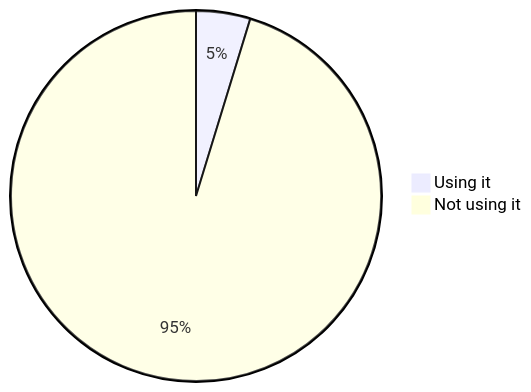
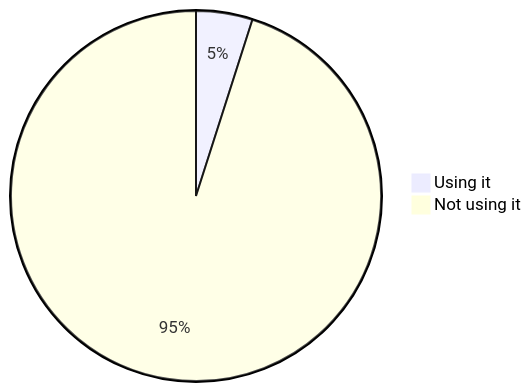
One commit to oshp/oshp-stats changed the eighth of 22 diagrams in stats.md. Above: the diagram before and after it, drawn with Mermaid. The commit also changed other lines of this file, not shown here.

````diff
--- a/stats.md
+++ b/stats.md
@@ -94,6 +94,6 @@
 ```mermaid
 pie
-	"Using it" : 4.73
-	"Not using it" : 95.27
+	"Using it" : 4.93
+	"Not using it" : 95.07
 
 ```
````
